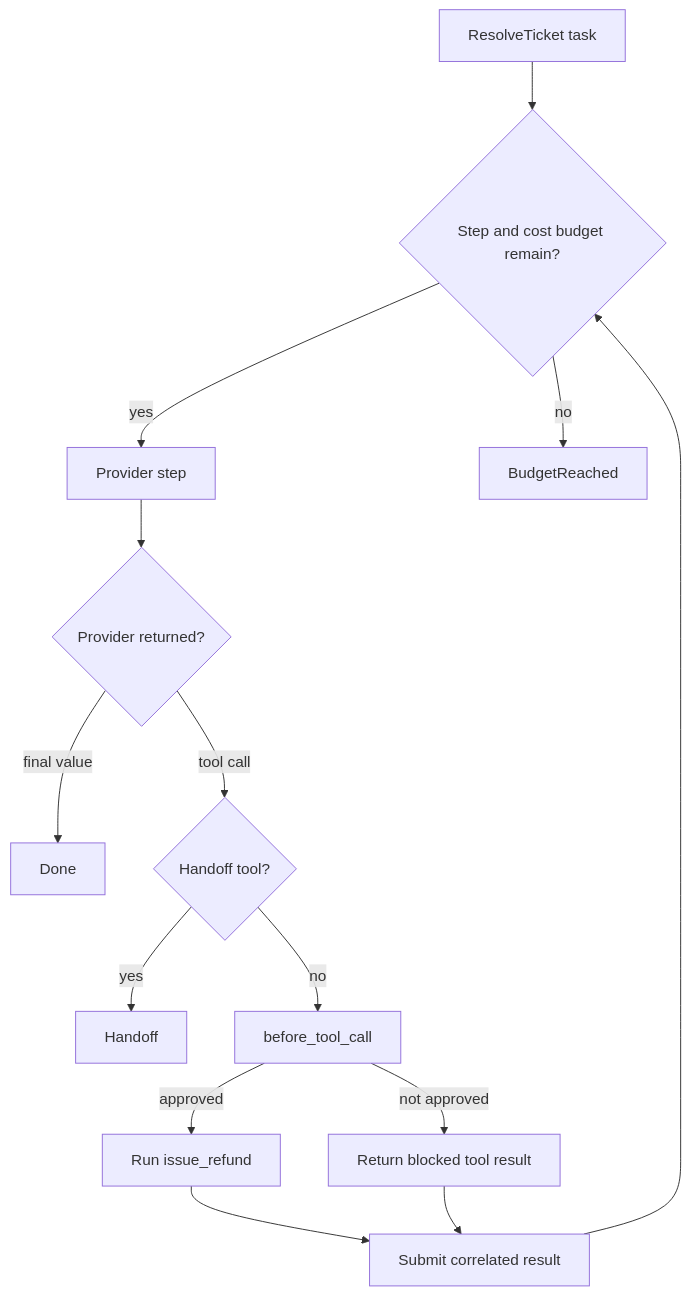
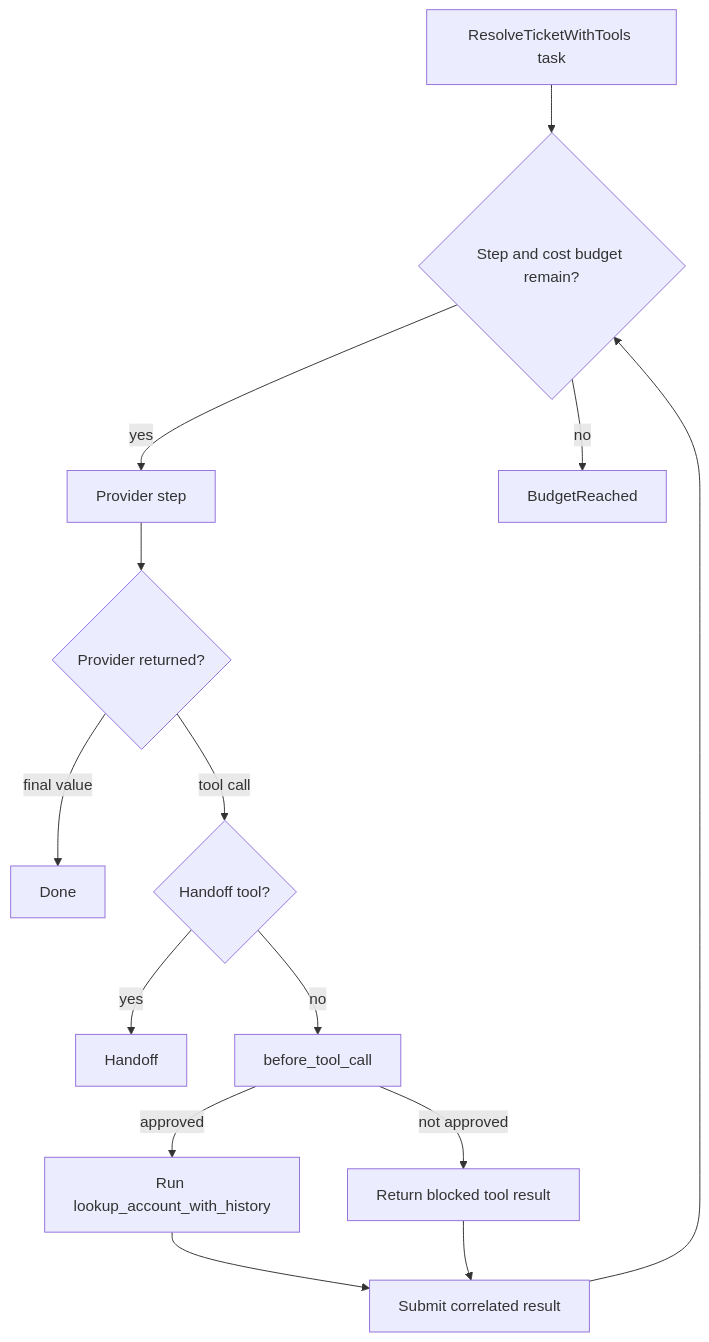
One commit to BoundaryML/baml changed the diagram in baml_language/_plan/bepv4/pages/approvals-limits-and-handoffs.md. Above: the diagram before and after it, drawn with Mermaid. The commit also changed other lines of this file and 229 other files, not shown here.

````diff
--- a/baml_language/_plan/bepv4/pages/approvals-limits-and-handoffs.md
+++ b/baml_language/_plan/bepv4/pages/approvals-limits-and-handoffs.md
@@ -72,16 +79,16 @@
 ```mermaid
 flowchart TD
-  task["ResolveTicket task"] --> budget{"Step and cost budget remain?"}
+  task["ResolveTicketWithTools task"] --> budget{"Step and cost budget remain?"}
   budget -->|yes| model["Provider step"]
   model --> result{"Provider returned?"}
   result -->|final value| done["Done<Resolution>"]
   result -->|tool call| transfer{"Handoff tool?"}
   transfer -->|yes| handoff["Handoff"]
   transfer -->|no| callback["before_tool_call"]
-  callback -->|approved| refund["Run issue_refund"]
+  callback -->|approved| history["Run lookup_account_with_history"]
   callback -->|not approved| blocked["Return blocked tool result"]
-  refund --> submit["Submit correlated result"]
+  history --> submit["Submit correlated result"]
   blocked --> submit
   submit --> budget
   budget -->|no| stopped["BudgetReached"]
 ```
````
